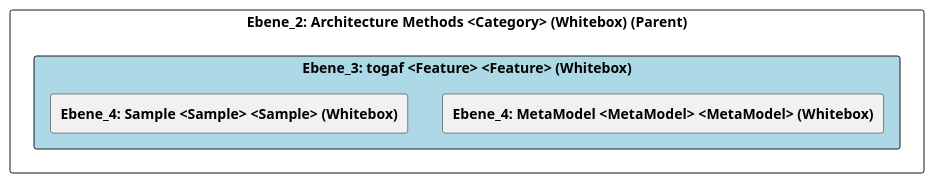
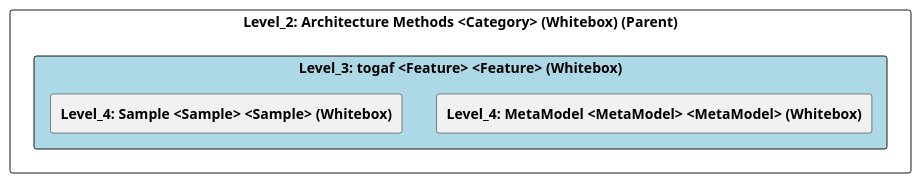
Before and after one commit to marcozwyssig/cleon: the diagram in doc/cleonproject_deliverables_architecture_model_architecture/adoc/de/05_bausteinsicht/cleon/architecture_methods/togaf/ebene_3_togaf.adoc, drawn with PlantUML. The commit also changed other lines of this file and 83 other files, not shown here.

```diff
--- a/doc/cleonproject_deliverables_architecture_model_architecture/adoc/de/05_bausteinsicht/cleon/architecture_methods/togaf/ebene_3_togaf.adoc
+++ b/doc/cleonproject_deliverables_architecture_model_architecture/adoc/de/05_bausteinsicht/cleon/architecture_methods/togaf/ebene_3_togaf.adoc
@@ -20,25 +20,25 @@
-[plantuml, Ebene_3: togaf <Feature> <Feature> (Whitebox)BlockOverview, format="svg"]
+[plantuml, Level_3: togaf <Feature> <Feature> (Whitebox)BlockOverview, format="svg"]
 ----
-@startuml Ebene_3: togaf <Feature> <Feature> (Whitebox)BuildingBlockOverview
+@startuml Level_3: togaf <Feature> <Feature> (Whitebox)BuildingBlockOverview
 
 skinparam ranksep 10
 skinparam componentStyle rectangle
 skinparam shadowing false
 skinparam arrowColor lightblue
 skinparam arrowThickness 1.2
 skinparam rectangle {
   BackgroundColor White
   BorderColor #333
   RoundCorner 10
 }
 top to bottom direction
 
-component "Ebene_2: Architecture Methods <Category> (Whitebox) (Parent)" {
-    component "Ebene_3: togaf <Feature> <Feature> (Whitebox)" #lightblue {
-        [**Ebene_4: MetaModel <MetaModel> <MetaModel> (Whitebox)**] as 4A56DE40_D579_11EE_903E_9F564E4DE07E
-        [**Ebene_4: Sample <Sample> <Sample> (Whitebox)**] as 4A57056B_D579_11EE_903E_9F564E4DE07E
+component "Level_2: Architecture Methods <Category> (Whitebox) (Parent)" {
+    component "Level_3: togaf <Feature> <Feature> (Whitebox)" #lightblue {
+        [**Level_4: MetaModel <MetaModel> <MetaModel> (Whitebox)**] as 4A56DE40_D579_11EE_903E_9F564E4DE07E
+        [**Level_4: Sample <Sample> <Sample> (Whitebox)**] as 4A57056B_D579_11EE_903E_9F564E4DE07E
     }
 }
 
 @enduml
 ----
```
